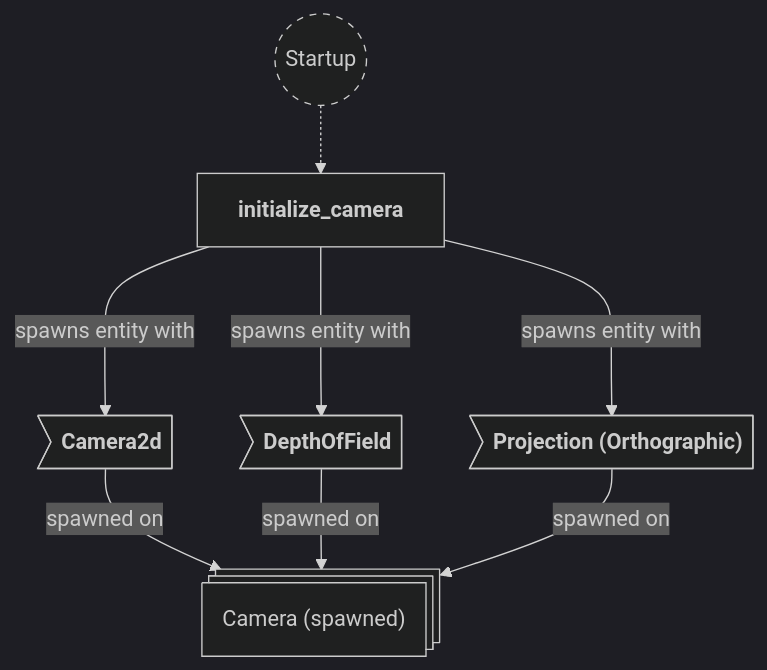
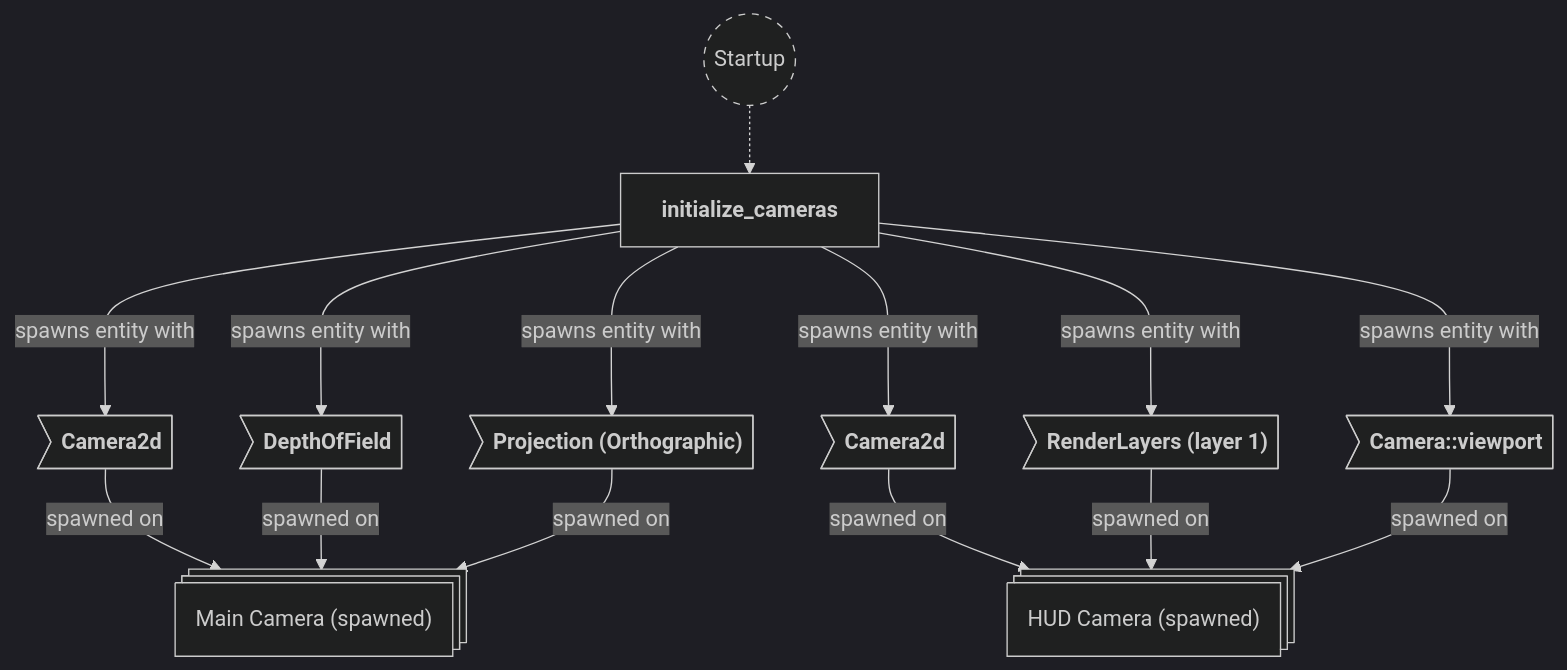
The eighth of 8 diagrams in backlog/docs/doc-6 - 005-Camera-plugin.md (neurosoup/tyled), drawn with Mermaid before and after one commit. The commit also changed other lines of this file and 11 other files, not shown here.

````diff
--- a/backlog/docs/doc-6 - 005-Camera-plugin.md
+++ b/backlog/docs/doc-6 - 005-Camera-plugin.md
@@ -138,28 +277,40 @@
 ```mermaid
 ---
 config:
   theme: dark
 ---
 
 flowchart TD
 classDef system-group stroke-dasharray: 5 5
 
 startup(("`Startup`")):::system-group
-initialize_camera["`**initialize_camera**`"]
+initialize_cameras["`**initialize_cameras**`"]
 
-startup -.-> initialize_camera
+startup -.-> initialize_cameras
 
-camera_entity@{ shape: st-rect, label: "Camera (spawned)" }
+main_camera_entity@{ shape: st-rect, label: "Main Camera (spawned)" }
+hud_camera_entity@{ shape: st-rect, label: "HUD Camera (spawned)" }
 
-ce_camera2d>"`**Camera2d**`"]
-ce_depth_of_field>"`**DepthOfField**`"]
-ce_projection>"`**Projection (Orthographic)**`"]
+mc_camera2d>"`**Camera2d**`"]
+mc_depth_of_field>"`**DepthOfField**`"]
+mc_projection>"`**Projection (Orthographic)**`"]
 
-ce_camera2d --> |spawned on| camera_entity
-ce_depth_of_field --> |spawned on| camera_entity
-ce_projection --> |spawned on| camera_entity
+hc_camera2d>"`**Camera2d**`"]
+hc_render_layers>"`**RenderLayers (layer 1)**`"]
+hc_viewport>"`**Camera::viewport**`"]
 
-initialize_camera ---> |spawns entity with| ce_camera2d
-initialize_camera ---> |spawns entity with| ce_depth_of_field
-initialize_camera ---> |spawns entity with| ce_projection
+mc_camera2d --> |spawned on| main_camera_entity
+mc_depth_of_field --> |spawned on| main_camera_entity
+mc_projection --> |spawned on| main_camera_entity
+
+hc_camera2d --> |spawned on| hud_camera_entity
+hc_render_layers --> |spawned on| hud_camera_entity
+hc_viewport --> |spawned on| hud_camera_entity
+
+initialize_cameras ---> |spawns entity with| mc_camera2d
+initialize_cameras ---> |spawns entity with| mc_depth_of_field
+initialize_cameras ---> |spawns entity with| mc_projection
+initialize_cameras ---> |spawns entity with| hc_camera2d
+initialize_cameras ---> |spawns entity with| hc_render_layers
+initialize_cameras ---> |spawns entity with| hc_viewport
 ```
````
